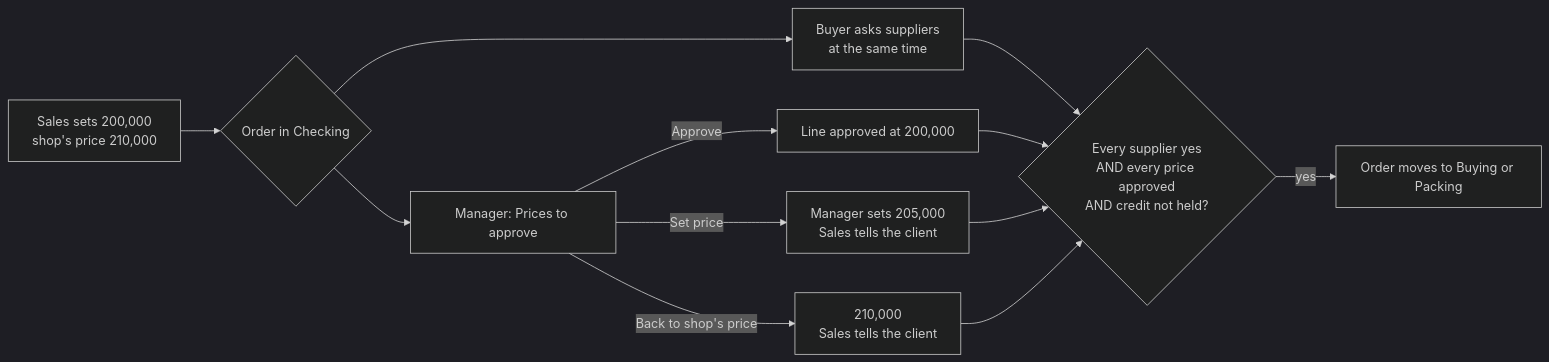
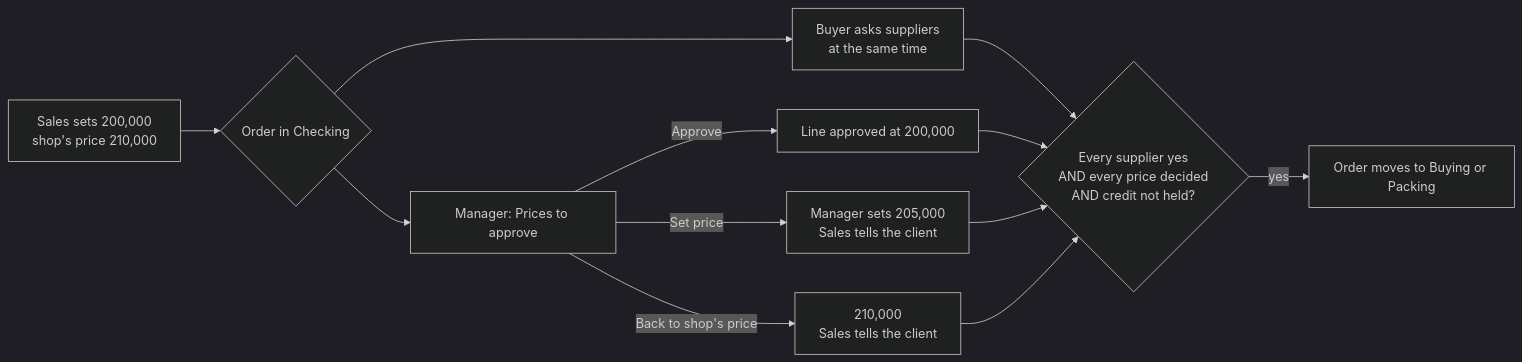
Before and after one commit to turyasingurakevin94-dev/omni-ware: the diagram in docs/decision-rights.md, drawn with Mermaid (dark theme). The commit also changed other lines of this file and 2 other files, not shown here.

````diff
--- a/docs/decision-rights.md
+++ b/docs/decision-rights.md
@@ -136,14 +194,14 @@
 ```mermaid
 flowchart LR
   S[Sales sets 200,000<br/>shop's price 210,000] --> C{Order in Checking}
   C --> B[Buyer asks suppliers<br/>at the same time]
   C --> M[Manager: Prices to approve]
   M -->|Approve| OK[Line approved at 200,000]
   M -->|Set price| NP[Manager sets 205,000<br/>Sales tells the client]
   M -->|Back to shop's price| SP[210,000<br/>Sales tells the client]
-  B --> G{Every supplier yes<br/>AND every price approved<br/>AND credit not held?}
+  B --> G{Every supplier yes<br/>AND every price decided<br/>AND credit not held?}
   OK --> G
   NP --> G
   SP --> G
   G -->|yes| NX[Order moves to Buying or Packing]
 ```
````
